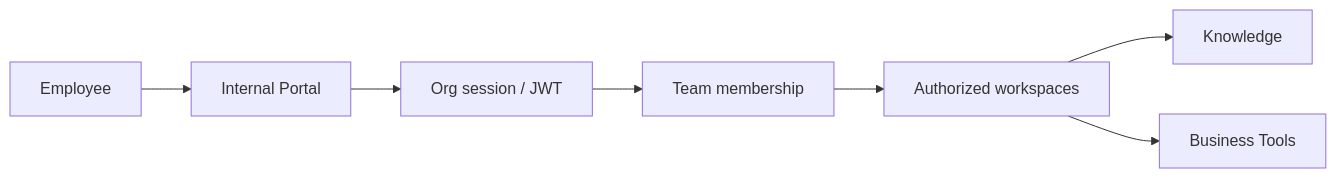
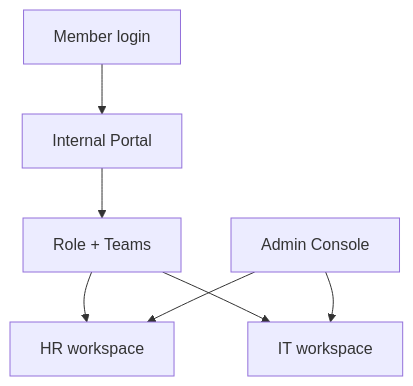
The diagram in docs/platform/employee-ai.mdx (qefro-ai/qefro-documentation), drawn with Mermaid before and after one commit. The commit also changed other lines of this file and 17 other files, not shown here.

````diff
--- a/docs/platform/employee-ai.mdx
+++ b/docs/platform/employee-ai.mdx
@@ -40,9 +36,9 @@
 ```mermaid
-flowchart LR
-  Emp[Employee] --> Portal[Internal Portal]
-  Portal --> Auth[Org session / JWT]
-  Auth --> Teams[Team membership]
-  Teams --> WS[Authorized workspaces]
-  WS --> RAG[Knowledge]
-  WS --> Tools[Business Tools]
+flowchart TB
+  Member[Member login] --> Portal[Internal Portal]
+  Portal --> RBAC[Role + Teams]
+  RBAC --> HR[HR workspace]
+  RBAC --> IT[IT workspace]
+  Admin[Admin Console] --> HR
+  Admin --> IT
 ```
````
